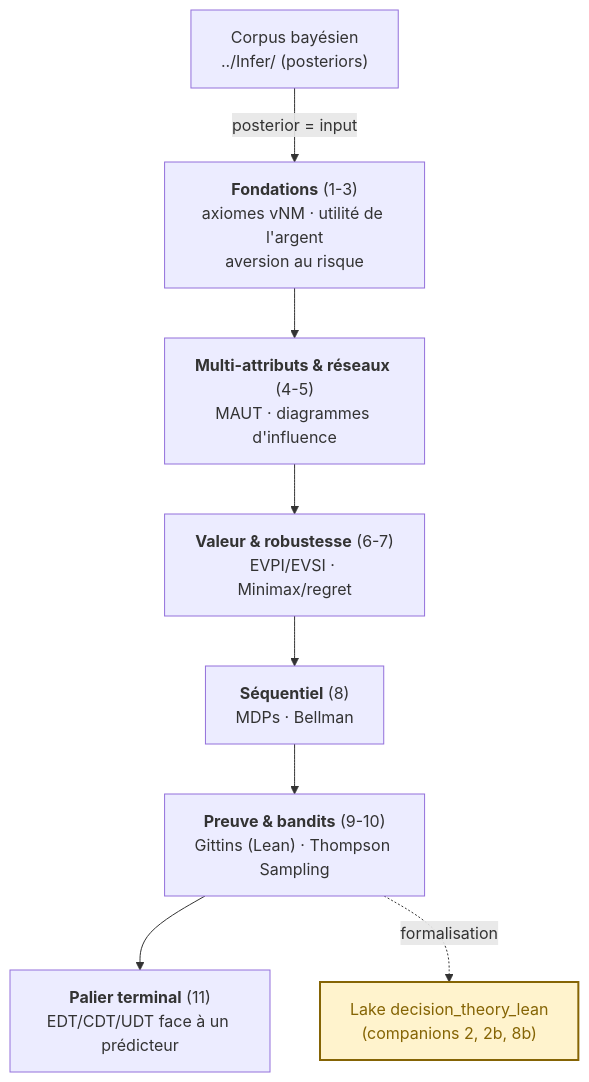
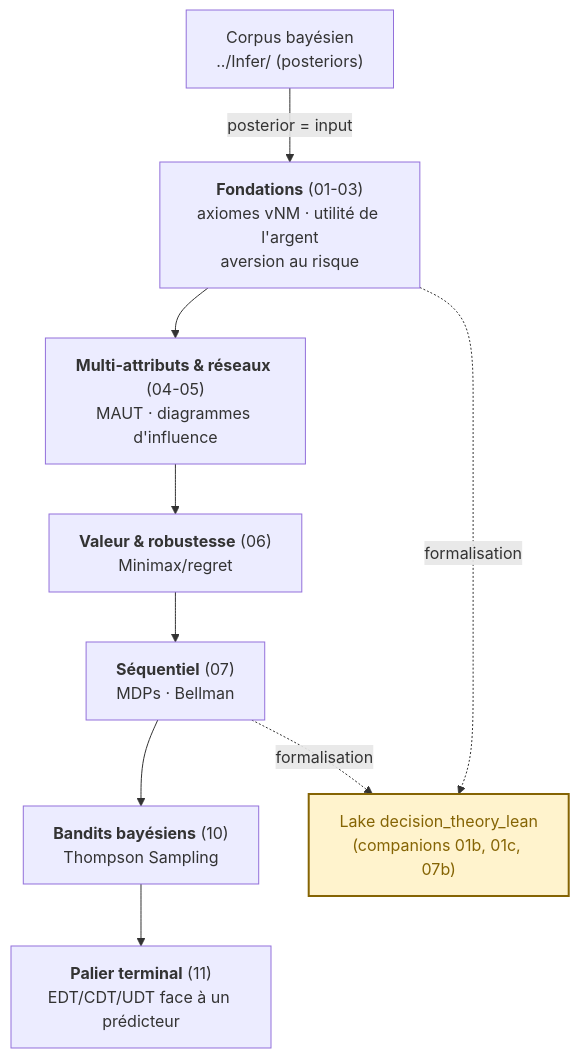
Before and after one commit to jsboige/CoursIA: the diagram in MyIA.AI.Notebooks/Probas/DecisionTheory/DecInfer/README.md, drawn with Mermaid. The commit also changed other lines of this file, not shown here.

Commit message:
Docs(probas): rattacher les companions DecInfer aux paliers

````diff
--- a/MyIA.AI.Notebooks/Probas/DecisionTheory/DecInfer/README.md
+++ b/MyIA.AI.Notebooks/Probas/DecisionTheory/DecInfer/README.md
@@ -55,17 +50,18 @@
 ```mermaid
 flowchart TD
-    A["<b>Fondations</b> (1-3)<br/>axiomes vNM · utilité de l'argent<br/>aversion au risque"]
-    B["<b>Multi-attributs & réseaux</b> (4-5)<br/>MAUT · diagrammes d'influence"]
-    C["<b>Valeur & robustesse</b> (6-7)<br/>EVPI/EVSI · Minimax/regret"]
-    D["<b>Séquentiel</b> (8)<br/>MDPs · Bellman"]
-    E["<b>Preuve & bandits</b> (9-10)<br/>Gittins (Lean) · Thompson Sampling"]
+    A["<b>Fondations</b> (01-03)<br/>axiomes vNM · utilité de l'argent<br/>aversion au risque"]
+    B["<b>Multi-attributs & réseaux</b> (04-05)<br/>MAUT · diagrammes d'influence"]
+    C["<b>Valeur & robustesse</b> (06)<br/>Minimax/regret"]
+    D["<b>Séquentiel</b> (07)<br/>MDPs · Bellman"]
+    E["<b>Bandits bayésiens</b> (10)<br/>Thompson Sampling"]
     F["<b>Palier terminal</b> (11)<br/>EDT/CDT/UDT face à un prédicteur"]
     BAY["Corpus bayésien<br/>../Infer/ (posteriors)"]
-    LAKE["Lake decision_theory_lean<br/>(companions 2, 2b, 8b)"]
+    LAKE["Lake decision_theory_lean<br/>(companions 01b, 01c, 07b)"]
     BAY -->|"posterior = input"| A
     A --> B --> C --> D --> E --> F
-    E -.->|"formalisation"| LAKE
+    A -.->|"formalisation"| LAKE
+    D -.->|"formalisation"| LAKE
     %% color: explicite -- sans lui, libelle clair sur fond clair en mode sombre GitHub (#15022) ; ne pas harmoniser le ton avec le stroke (libelle sinon illisible)
     classDef lean fill:#fff3cd,stroke:#856404,stroke-width:2px,color:#856404;
     class LAKE lean;
 ```
````
